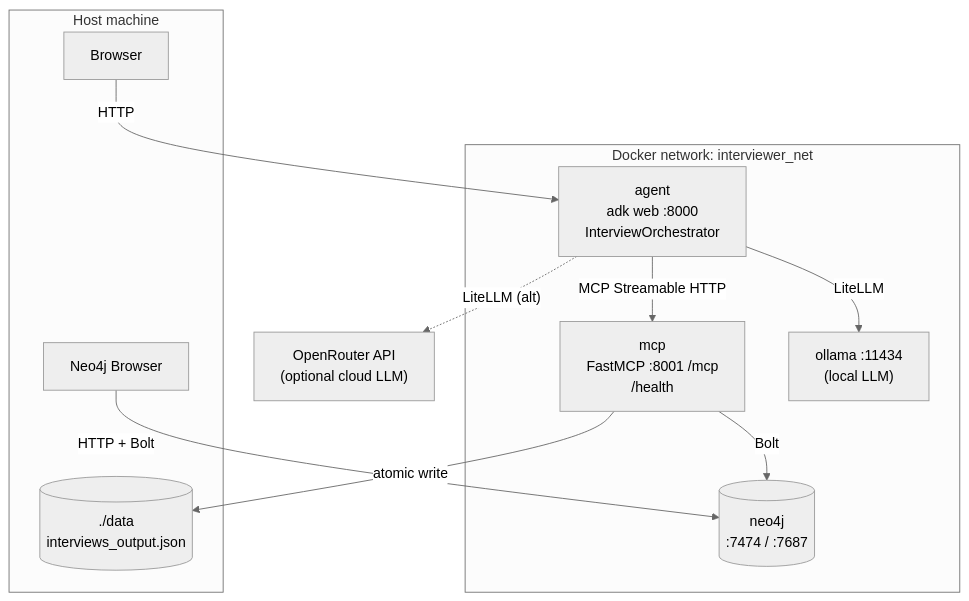
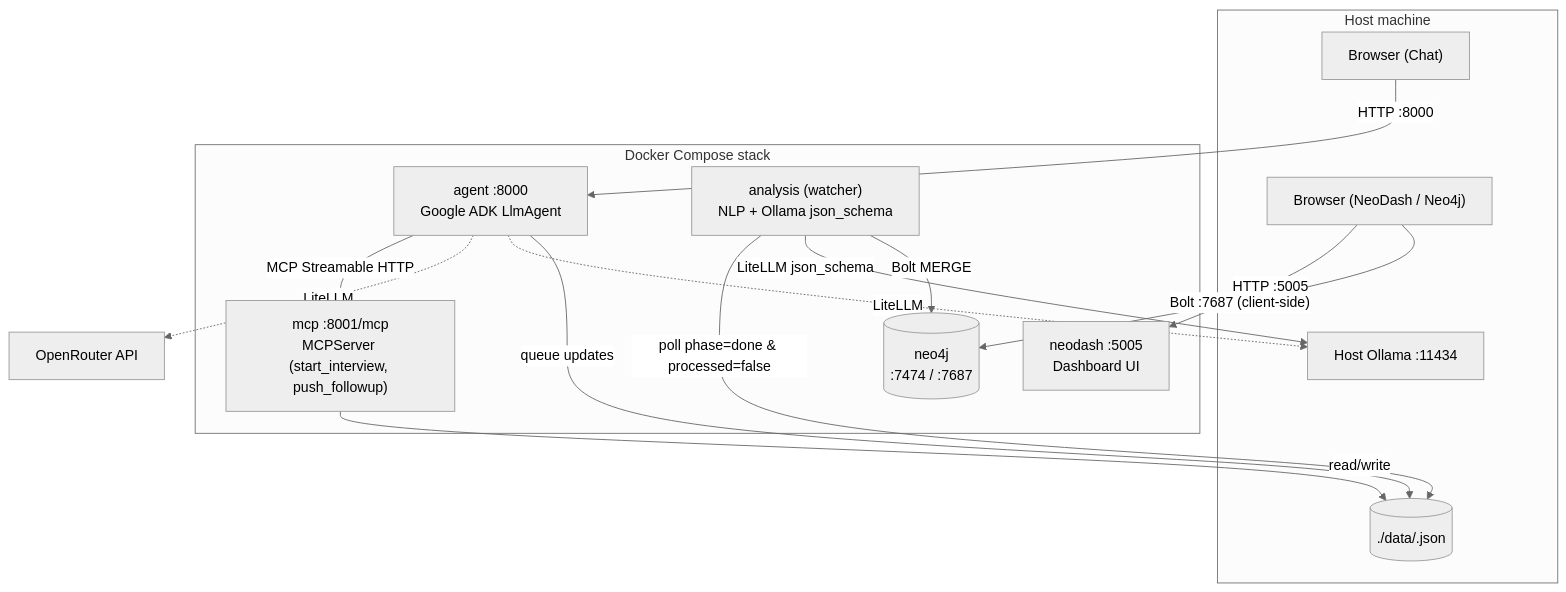
Before and after one commit to GrigorasVictor/ai-interviewer: the first of 2 diagrams in .agents/ARCHITECTURE.md, drawn with Mermaid (neutral theme). The commit also changed other lines of this file and 23 other files, not shown here.

Commit message:
feat: add local/cloud/hybrid env configs, ollama container, and README

````diff
--- a/.agents/ARCHITECTURE.md
+++ b/.agents/ARCHITECTURE.md
@@ -22,25 +21,31 @@
 ```mermaid
 flowchart TB
     subgraph host["Host machine"]
-        B["Browser"]
-        NB["Neo4j Browser"]
-        DATA[("./data<br/>interviews_output.json")]
+        B["Browser (Chat)"]
+        ND["Browser (NeoDash / Neo4j)"]
+        DATA[("./data/<user_id>.json")]
+        OL["Host Ollama :11434"]
     end
 
-    subgraph net["Docker network: interviewer_net"]
-        AG["agent<br/>adk web :8000<br/>InterviewOrchestrator"]
-        MC["mcp<br/>FastMCP :8001 /mcp<br/>/health"]
+    subgraph docker["Docker Compose stack"]
+        AG["agent :8000<br/>Google ADK LlmAgent"]
+        MC["mcp :8001/mcp<br/>MCPServer (start_interview, push_followup)"]
+        AN["analysis (watcher)<br/>NLP + Ollama json_schema"]
         NJ[("neo4j<br/>:7474 / :7687")]
-        OL["ollama :11434<br/>(local LLM)"]
+        DASH["neodash :5005<br/>Dashboard UI"]
     end
 
-    OR["OpenRouter API<br/>(optional cloud LLM)"]
+    OR["OpenRouter API"]
 
-    B -->|"HTTP"| AG
-    NB -->|"HTTP + Bolt"| NJ
+    B -->|"HTTP :8000"| AG
     AG -->|"MCP Streamable HTTP"| MC
-    AG -->|"LiteLLM"| OL
-    AG -.->|"LiteLLM (alt)"| OR
-    MC -->|"Bolt"| NJ
-    MC -->|"atomic write"| DATA
+    AG -.->|"LiteLLM"| OR
+    AG -.->|"LiteLLM"| OL
+    MC -->|"read/write"| DATA
+    AG -->|"queue updates"| DATA
+    AN -->|"poll phase=done & processed=false"| DATA
+    AN -->|"LiteLLM json_schema"| OL
+    AN -->|"Bolt MERGE"| NJ
+    ND -->|"HTTP :5005"| DASH
+    ND -->|"Bolt :7687 (client-side)"| NJ
 ```
````
